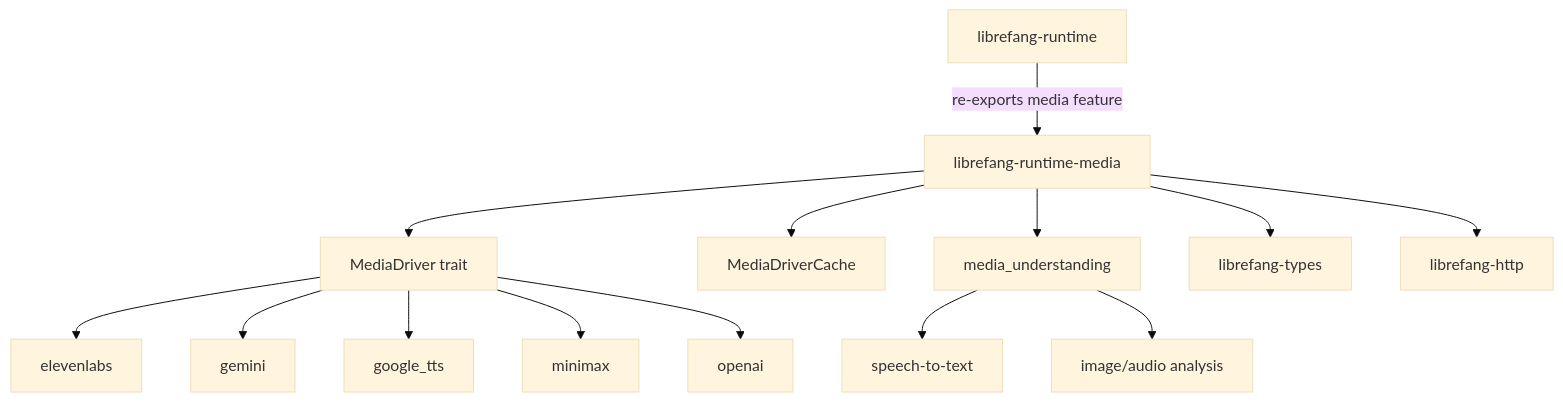
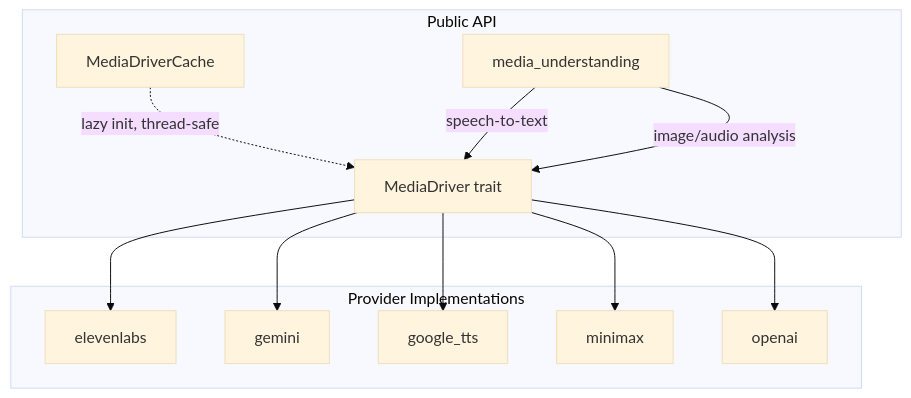
Before and after one commit to leszek3737/librefang-WIki: the diagram in other-librefang-runtime-media.md, drawn with Mermaid (base theme). The commit also changed other lines of this file and 122 other files, not shown here.

````diff
--- a/other-librefang-runtime-media.md
+++ b/other-librefang-runtime-media.md
@@ -15,16 +9,25 @@
 ```mermaid
 graph TD
-    A[librefang-runtime] -->|"re-exports media feature"| B[librefang-runtime-media]
-    B --> C[MediaDriver trait]
-    B --> D[MediaDriverCache]
-    C --> E[elevenlabs]
-    C --> F[gemini]
-    C --> G[google_tts]
-    C --> H[minimax]
-    C --> I[openai]
-    B --> J[media_understanding]
-    J --> K[speech-to-text]
-    J --> L[image/audio analysis]
-    B --> M[librefang-types]
-    B --> N[librefang-http]
+    subgraph "Public API"
+        MD[MediaDriver trait]
+        MDC[MediaDriverCache]
+        MU[media_understanding]
+    end
+
+    subgraph "Provider Implementations"
+        EL[elevenlabs]
+        GM[gemini]
+        GT[google_tts]
+        MM[minimax]
+        OA[openai]
+    end
+
+    MD --> EL
+    MD --> GM
+    MD --> GT
+    MD --> MM
+    MD --> OA
+    MDC -.->|lazy init, thread-safe| MD
+    MU -->|speech-to-text| MD
+    MU -->|image/audio analysis| MD
 ```
````
